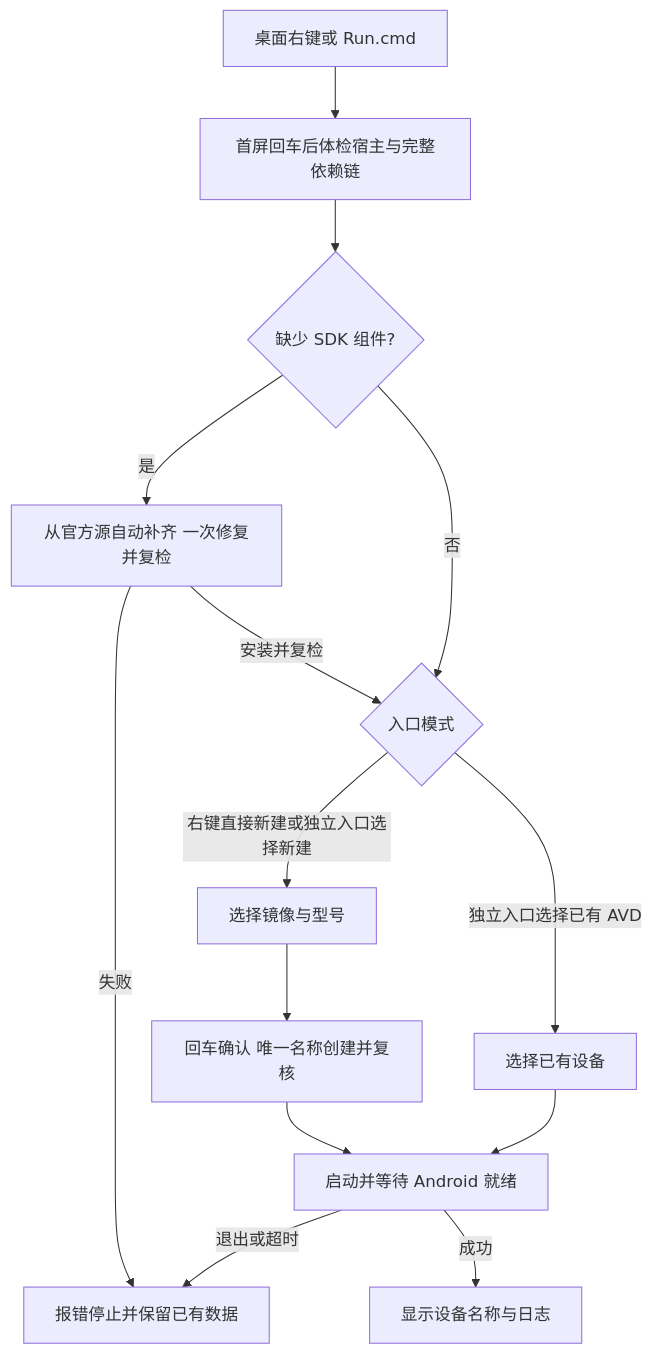
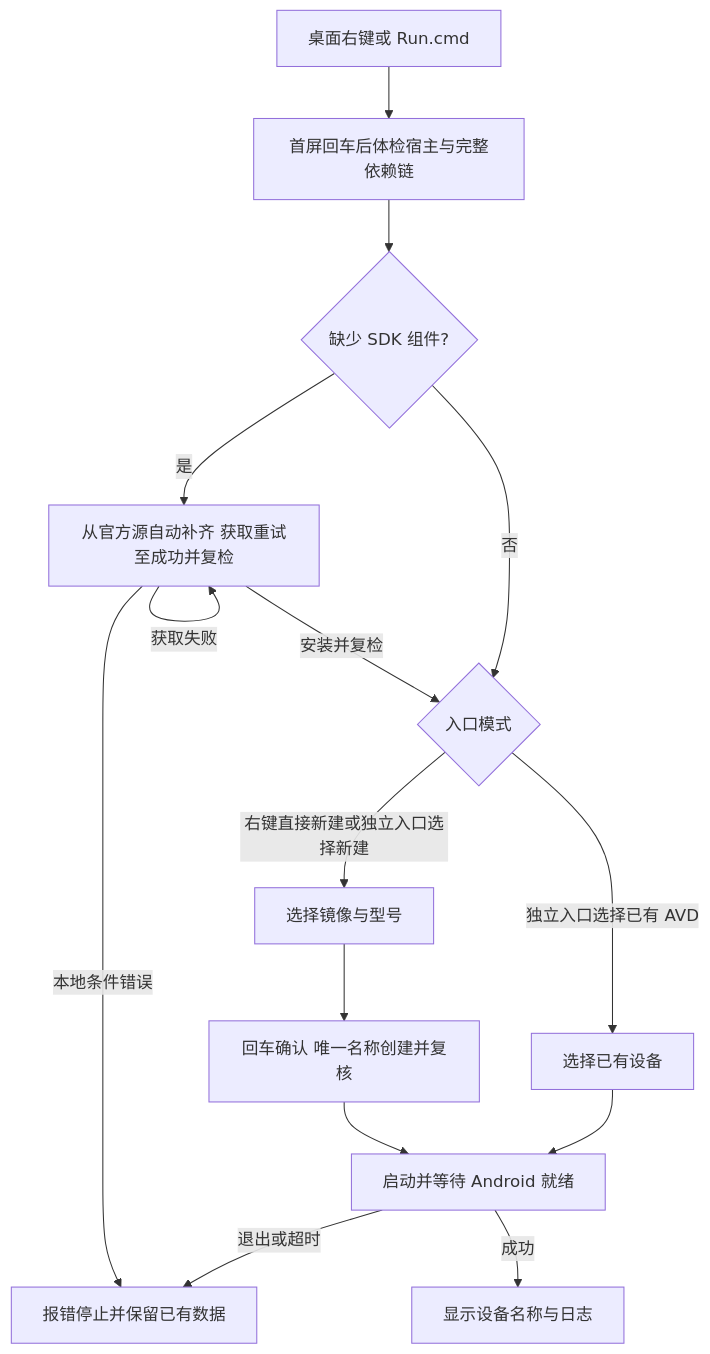
One commit to JobsKits/WindowsOS_Extension changed the diagram in JobsAndroidSimulatorCreator/README.md. Above: the diagram before and after it, drawn with Mermaid. The commit also changed other lines of this file and 388 other files, not shown here.

````diff
--- a/JobsAndroidSimulatorCreator/README.md
+++ b/JobsAndroidSimulatorCreator/README.md
@@ -63,16 +74,17 @@
 ```mermaid
 flowchart TD
     A[桌面右键或 Run.cmd] --> B[首屏回车后体检宿主与完整依赖链]
     B --> C{缺少 SDK 组件?}
-    C -->|是| D[从官方源自动补齐 一次修复并复检]
-    D -->|失败| X[报错停止并保留已有数据]
+    C -->|是| D[从官方源自动补齐 获取重试至成功并复检]
+    D -->|获取失败| D
+    D -->|本地条件错误| X[报错停止并保留已有数据]
     D -->|安装并复检| E{入口模式}
     C -->|否| E
     E -->|独立入口选择已有 AVD| F[选择已有设备]
     E -->|右键直接新建或独立入口选择新建| G[选择镜像与型号]
     G --> H[回车确认 唯一名称创建并复核]
     H --> I[启动并等待 Android 就绪]
     F --> I
     I -->|成功| J[显示设备名称与日志]
     I -->|退出或超时| X
 ```
````
